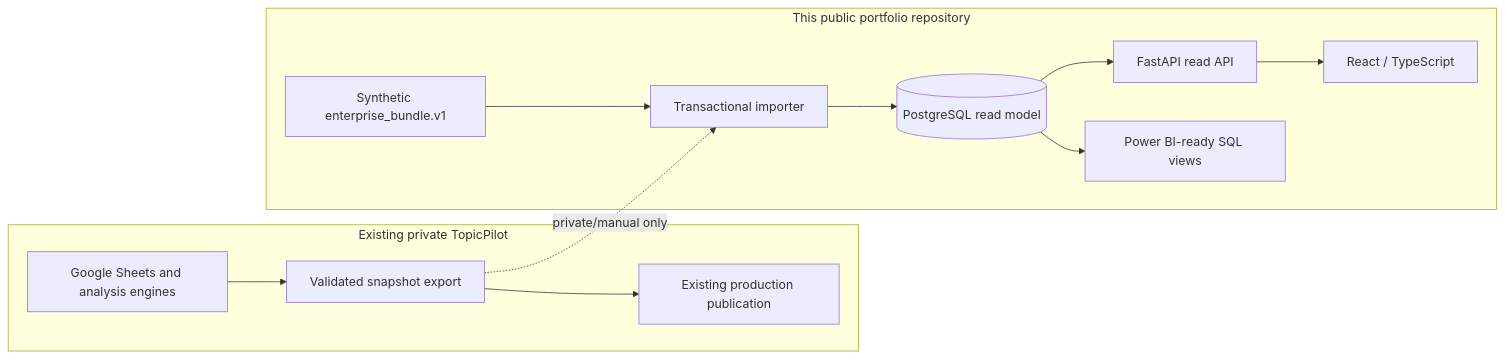
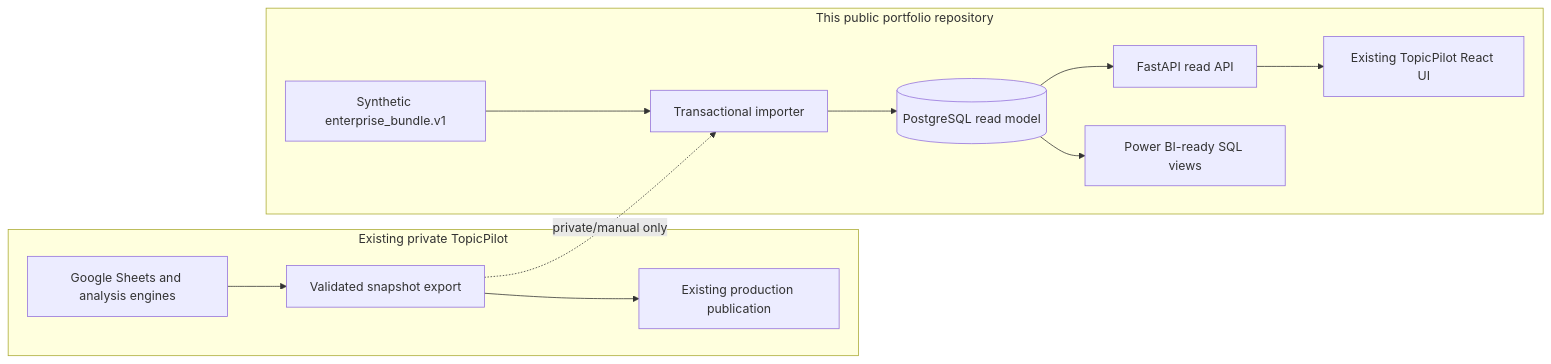
The first of 2 diagrams in README.md (Xiezhou0828/topicpilot-platform), drawn with Mermaid before and after one commit. The commit also changed other lines of this file and 109 other files, not shown here.

Commit message:
refactor(web): reuse original TopicPilot frontend

````diff
--- a/README.md
+++ b/README.md
@@ -85,16 +84,16 @@
 ```mermaid
 flowchart LR
     subgraph private["Existing private TopicPilot"]
       S["Google Sheets and analysis engines"] --> V["Validated snapshot export"]
       V --> P["Existing production publication"]
     end
 
     subgraph public["This public portfolio repository"]
       F["Synthetic enterprise_bundle.v1"] --> I["Transactional importer"]
       V -. "private/manual only" .-> I
       I --> DB[("PostgreSQL read model")]
       DB --> API["FastAPI read API"]
-      API --> WEB["React / TypeScript"]
+      API --> WEB["Existing TopicPilot React UI"]
       DB --> BI["Power BI-ready SQL views"]
     end
 ```
````
